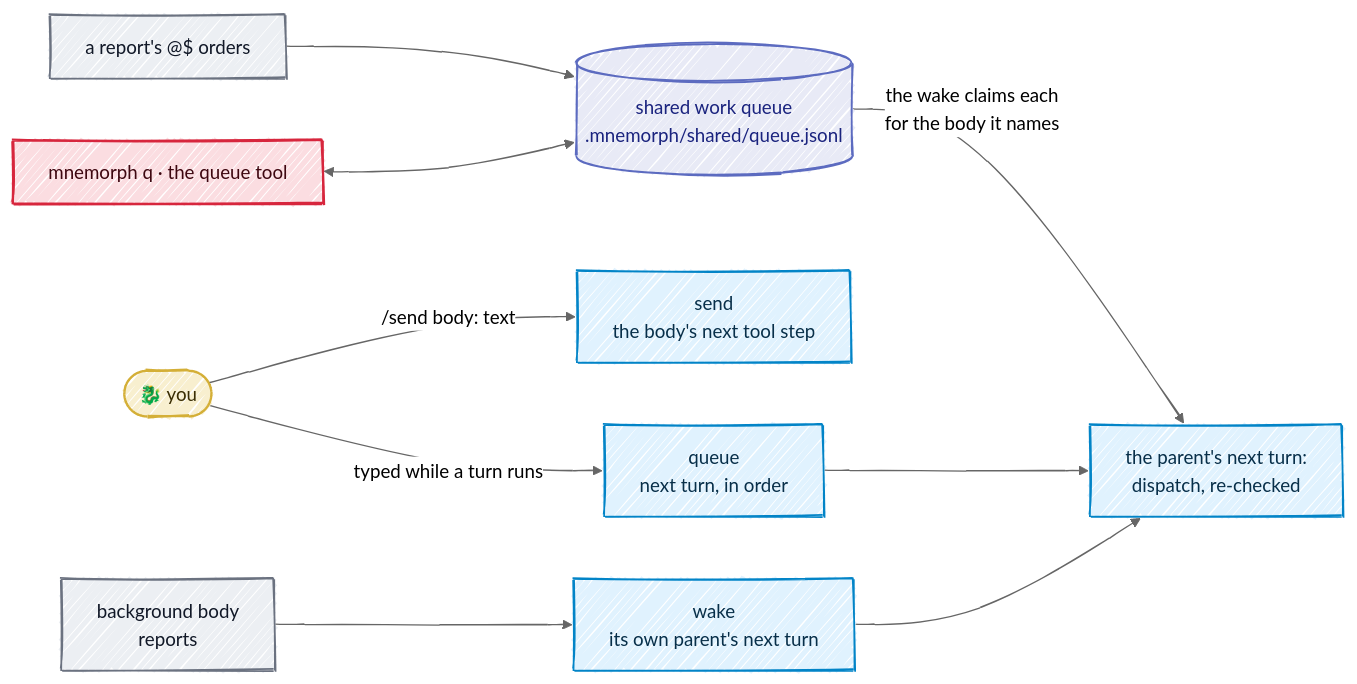
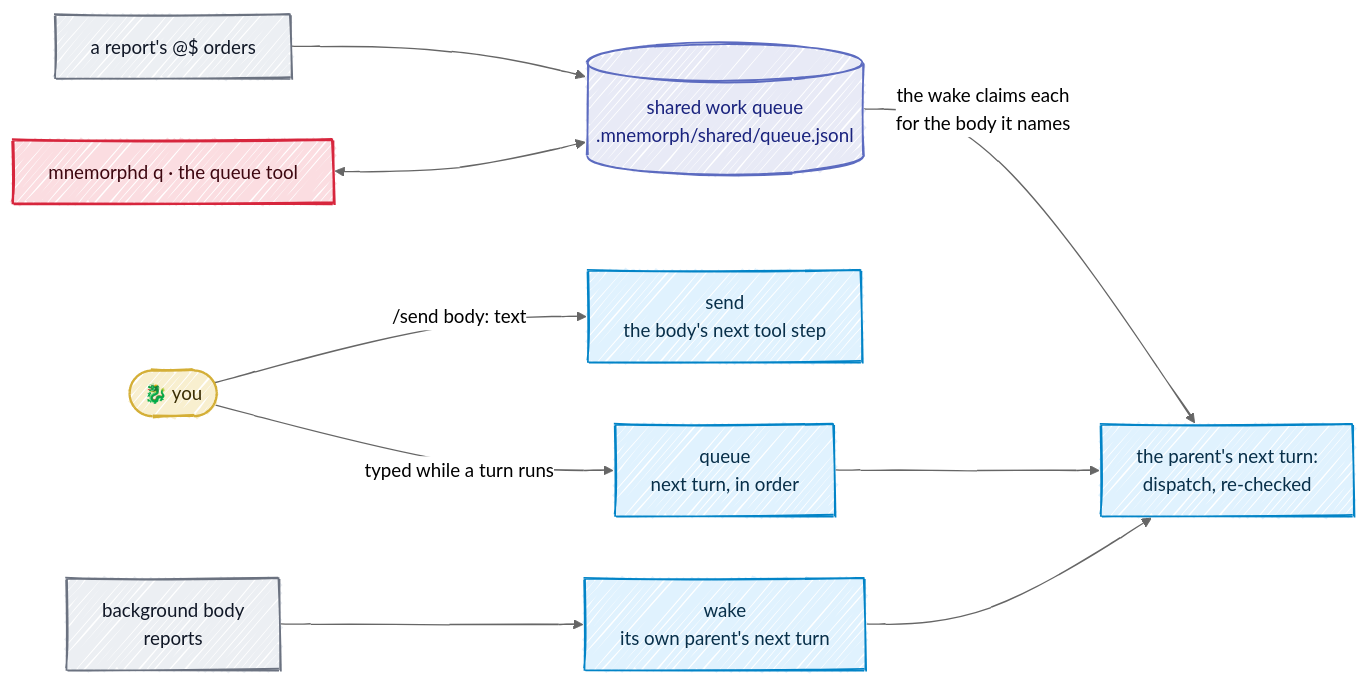
One commit to Kaginari/mnemorph changed the third of 4 diagrams in docs/04-communication.md. Above: the diagram before and after it, drawn with Mermaid. The commit also changed other lines of this file and 59 other files, not shown here.

````diff
--- a/docs/04-communication.md
+++ b/docs/04-communication.md
@@ -274,28 +274,28 @@
 ```mermaid
 ---
 config:
   look: handDrawn
   theme: neutral
   flowchart:
     wrappingWidth: 360
 ---
 flowchart LR
     H(["🐉 you"]) -->|"typed while a turn runs"| Q["queue<br/>next turn, in order"]
     H -->|"/send body: text"| S["send<br/>the body's next tool step"]
     BG["background body<br/>reports"] --> W["wake<br/>its own parent's next turn"]
     R["a report's @$ orders"] --> SQ[("shared work queue<br/>.mnemorph/shared/queue.jsonl")]
     SQ -->|"the wake claims each<br/>for the body it names"| T["the parent's next turn:<br/>dispatch, re-checked"]
     Q --> T
     W --> T
-    TQ["mnemorph q · the queue tool"] <--> SQ
+    TQ["mnemorphd q · the queue tool"] <--> SQ
     classDef human fill:#f8efcf,stroke:#D4AF37,stroke-width:2px,color:#3a2e05
     class H human
     classDef step fill:#e0f2fe,stroke:#0284c7,stroke-width:1.5px,color:#082f49
     class Q,S,W,T step
     classDef outside fill:#eceff3,stroke:#6b7280,stroke-width:1.5px,color:#111827
     class BG,R outside
     classDef store fill:#e8eaf6,stroke:#5c6bc0,stroke-width:1.5px,color:#1a237e
     class SQ store
     classDef kijin fill:#fbdde1,stroke:#D7263D,stroke-width:2px,color:#3d0710
     class TQ kijin
 ```
````
